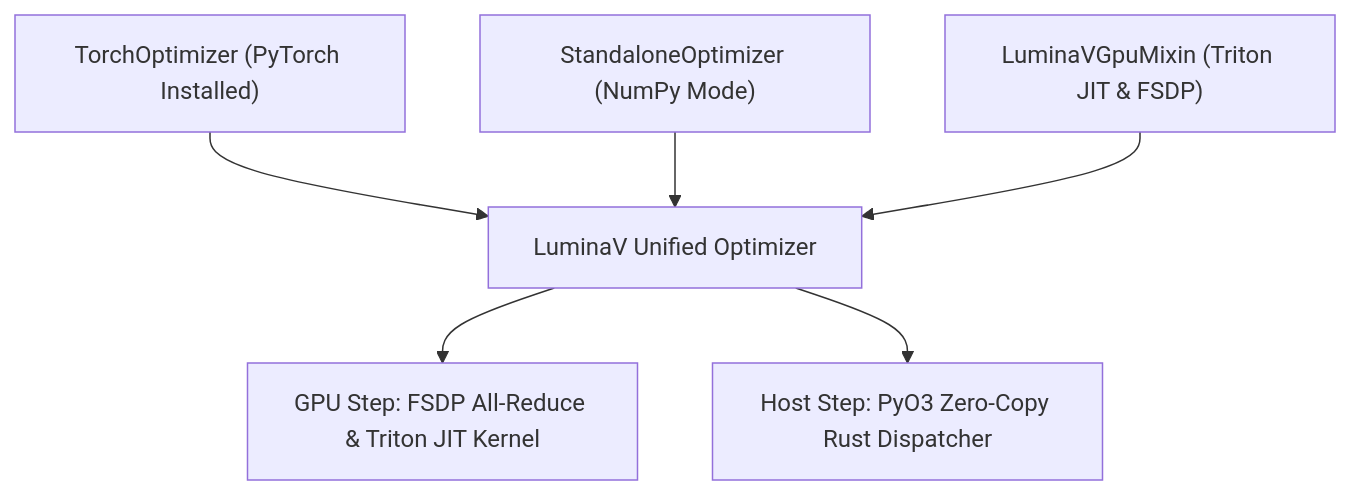
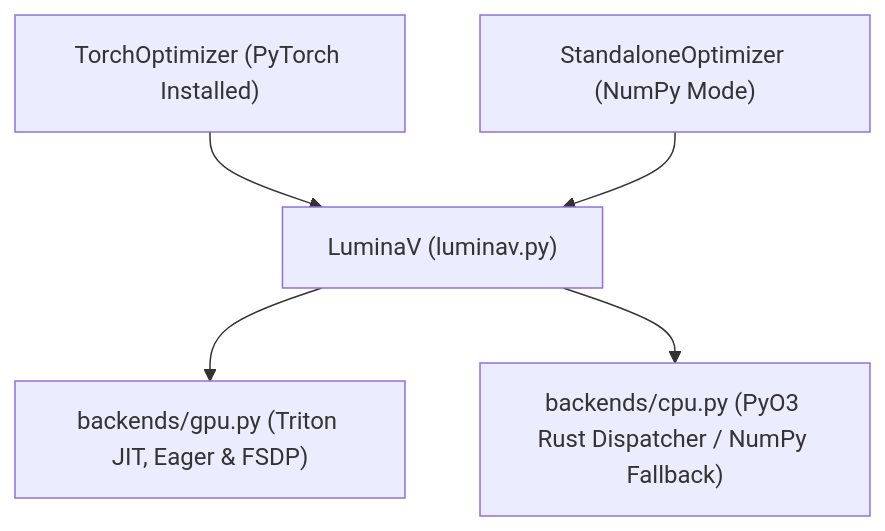
The diagram in docs/optimize/python_runtime/README.md (cloverx-id/luminamoon), drawn with Mermaid before and after one commit. The commit also changed other lines of this file and 6 other files, not shown here.

Commit message:
docs(optimizer): update optimizer guides for v2.0.0, NEON SIMD, and Triton AOT

````diff
--- a/docs/optimize/python_runtime/README.md
+++ b/docs/optimize/python_runtime/README.md
@@ -9,8 +9,7 @@
 ```mermaid
 flowchart TD
-    Torch["TorchOptimizer (PyTorch Installed)"] --> LuminaV["LuminaV Unified Optimizer"]
+    Torch["TorchOptimizer (PyTorch Installed)"] --> LuminaV["LuminaV (luminav.py)"]
     Standalone["StandaloneOptimizer (NumPy Mode)"] --> LuminaV
-    GpuMixin["LuminaVGpuMixin (Triton JIT & FSDP)"] --> LuminaV
-    LuminaV --> Triton["GPU Step: FSDP All-Reduce & Triton JIT Kernel"]
-    LuminaV --> RustFFI["Host Step: PyO3 Zero-Copy Rust Dispatcher"]
+    LuminaV --> GPU["backends/gpu.py (Triton JIT, Eager & FSDP)"]
+    LuminaV --> CPU["backends/cpu.py (PyO3 Rust Dispatcher / NumPy Fallback)"]
 ```
````
